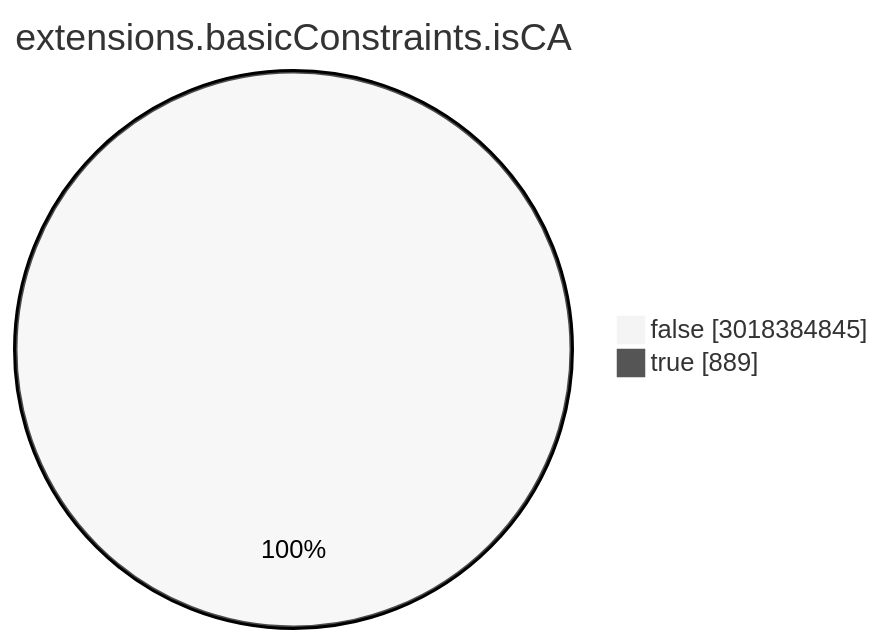
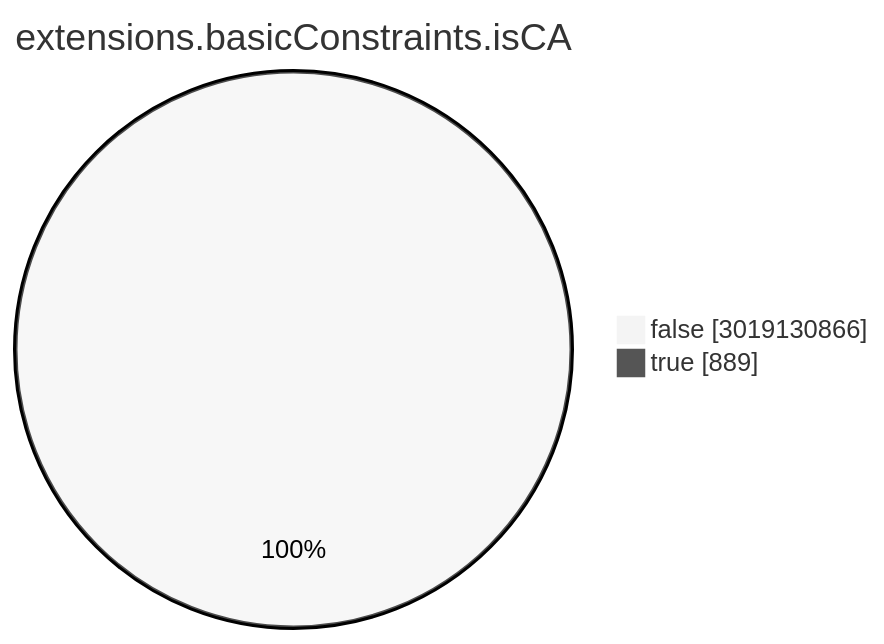
The seventh of 15 diagrams in TOTAL/README.md (christiankrug/ctmonitor_visualization), drawn with Mermaid (neutral theme) before and after one commit. The commit also changed other lines of this file, not shown here.

````diff
--- a/TOTAL/README.md
+++ b/TOTAL/README.md
@@ -3085,6 +3085,6 @@
 ```mermaid
 pie showData
 title extensions.basicConstraints.isCA
-"false" :3018384845
+"false" :3019130866
 "true" :889
 ```
````
